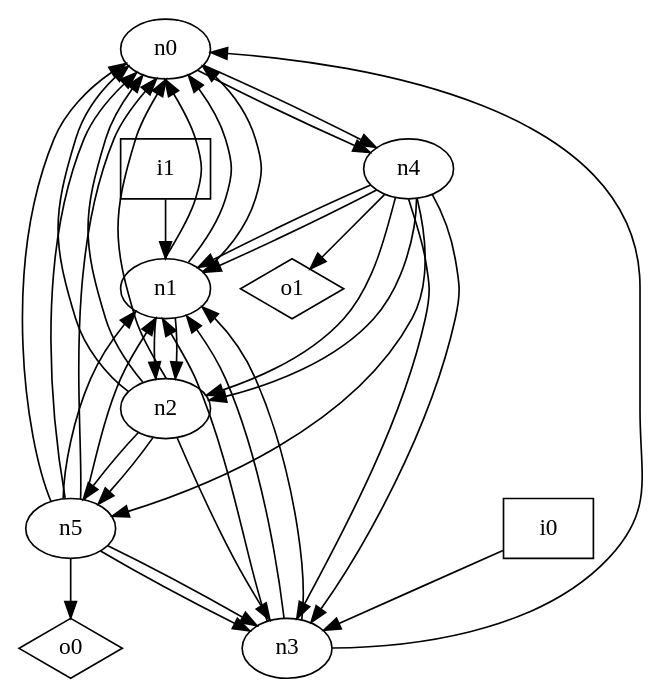
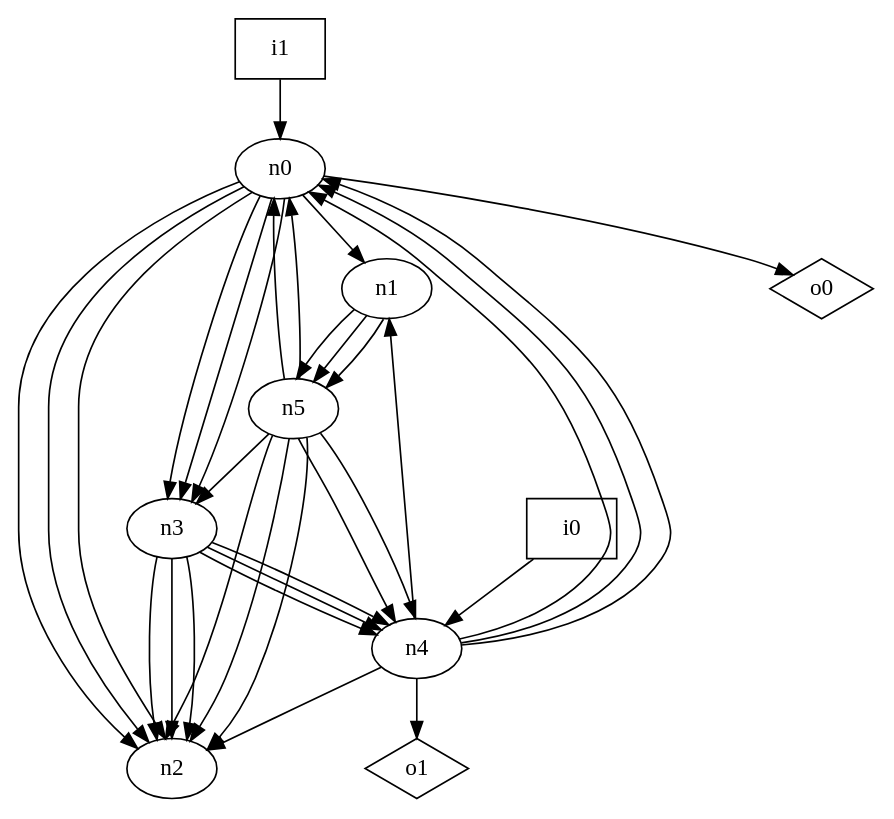
One commit to p9romain/bool-circuits changed the diagram in dot_files/random/random_oriented_graph.dot. Above: the diagram before and after it, drawn with Graphviz. The commit also changed 22 other files, not shown here.

```diff
--- a/dot_files/random/random_oriented_graph.dot
+++ b/dot_files/random/random_oriented_graph.dot
@@ -1,47 +1,45 @@
 digraph G {
 n0 [label="n0"];
 n1 [label="n1"];
 n2 [label="n2"];
 n3 [label="n3"];
 n4 [label="n4"];
 n5 [label="n5"];
 n6 [label="i0",shape="box"];
 n7 [label="i1",shape="box"];
 n8 [label="o0",shape="diamond"];
 n9 [label="o1",shape="diamond"];
-n0 -> n4
-n0 -> n4
-n1 -> n0
-n1 -> n0
-n1 -> n0
-n1 -> n2
-n1 -> n2
-n2 -> n0
-n2 -> n0
-n2 -> n0
-n2 -> n3
-n2 -> n5
-n2 -> n5
-n3 -> n0
-n3 -> n1
-n3 -> n1
-n3 -> n1
-n4 -> n1
+n0 -> n1
+n0 -> n2
+n0 -> n2
+n0 -> n2
+n0 -> n3
+n0 -> n3
+n0 -> n3
+n0 -> n8
+n1 -> n5
+n1 -> n5
+n1 -> n5
+n3 -> n2
+n3 -> n2
+n3 -> n2
+n3 -> n4
+n3 -> n4
+n3 -> n4
+n4 -> n0
+n4 -> n0
+n4 -> n0
 n4 -> n1
 n4 -> n2
-n4 -> n2
-n4 -> n3
-n4 -> n3
-n4 -> n5
 n4 -> n9
 n5 -> n0
 n5 -> n0
-n5 -> n0
-n5 -> n1
-n5 -> n1
+n5 -> n2
+n5 -> n2
+n5 -> n2
 n5 -> n3
-n5 -> n3
-n5 -> n8
-n6 -> n3
-n7 -> n1
+n5 -> n4
+n5 -> n4
+n6 -> n4
+n7 -> n0
 }
```
